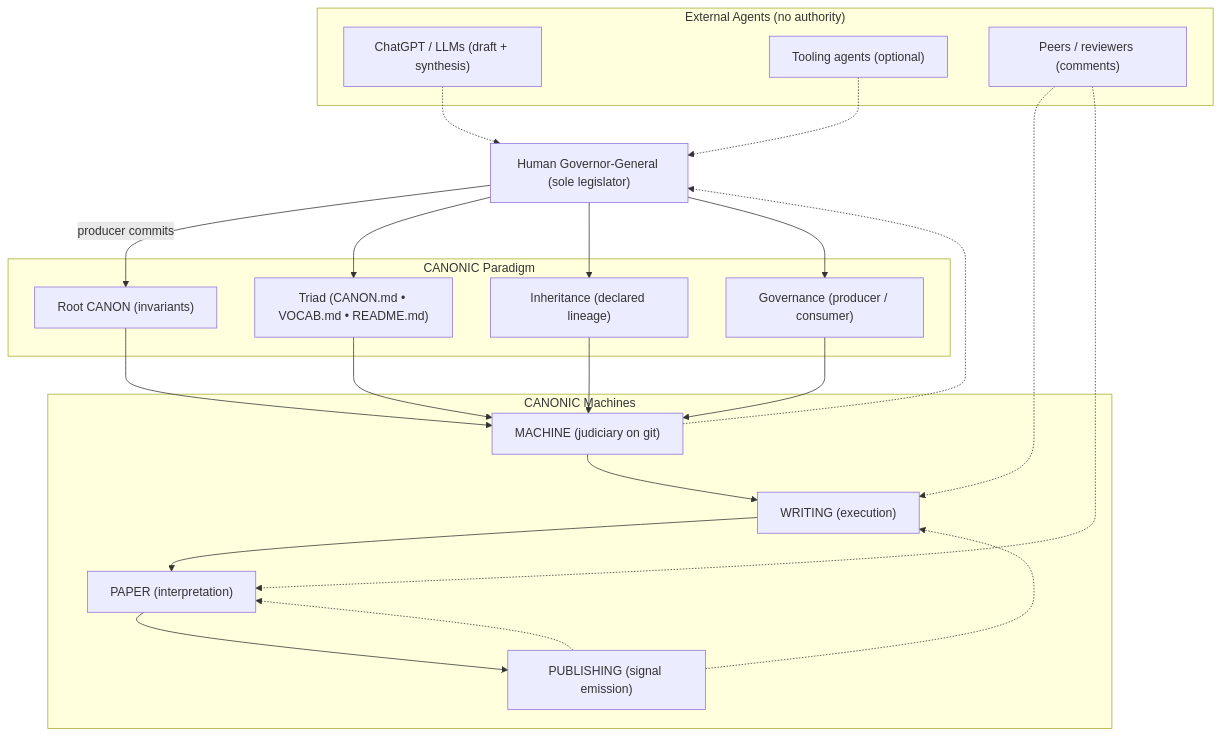
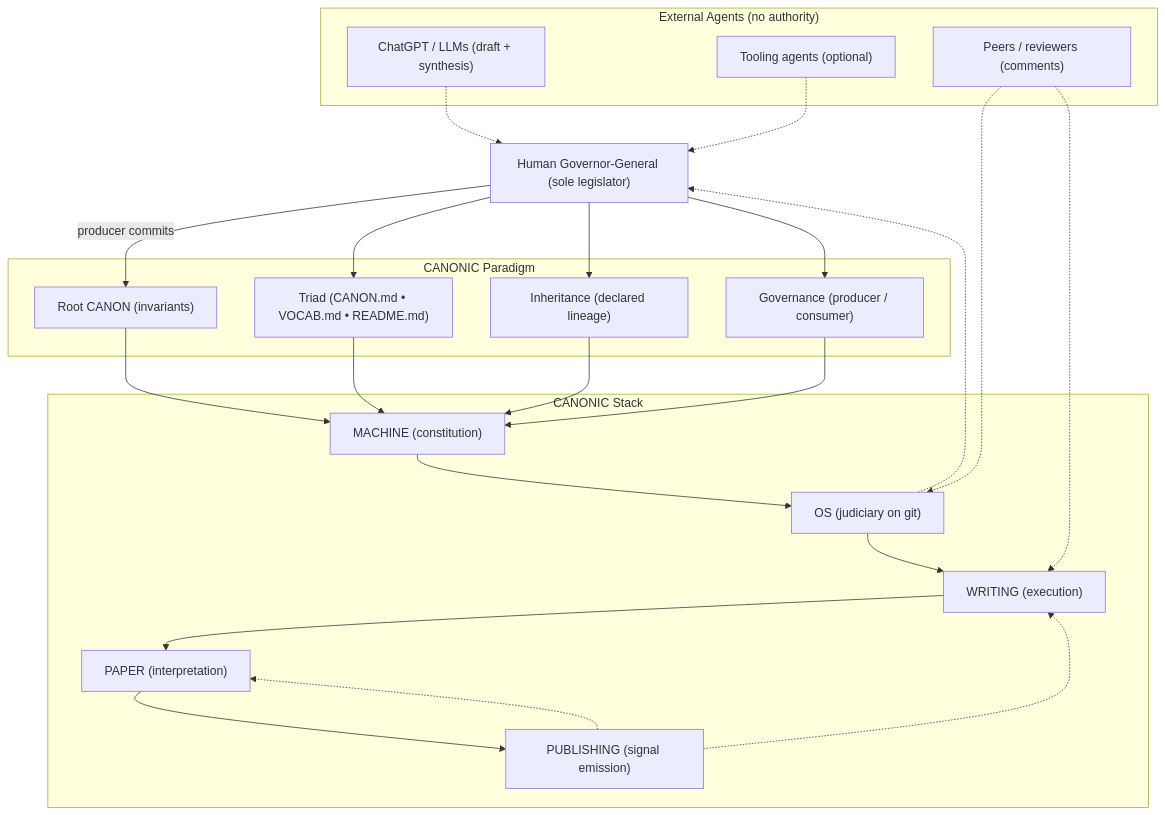
One commit to canonic-machine/paper changed the diagram in 00-PAPER.md. Above: the diagram before and after it, drawn with Mermaid. The commit also changed other lines of this file and 3 other files, not shown here.

````diff
--- a/00-PAPER.md
+++ b/00-PAPER.md
@@ -69,45 +70,46 @@
 ```mermaid
 flowchart TB
   GG["Human Governor-General (sole legislator)"]
 
   subgraph PARADIGM ["CANONIC Paradigm"]
     RC["Root CANON (invariants)"]
     TR["Triad (CANON.md • VOCAB.md • README.md)"]
     INH["Inheritance (declared lineage)"]
     GOV["Governance (producer / consumer)"]
   end
 
-  subgraph STACK ["CANONIC Machines"]
-    M1["MACHINE (judiciary on git)"]
-    M2["WRITING (execution)"]
-    M3["PAPER (interpretation)"]
-    M4["PUBLISHING (signal emission)"]
+  subgraph STACK ["CANONIC Stack"]
+    M1["MACHINE (constitution)"]
+    M2["OS (judiciary on git)"]
+    M3["WRITING (execution)"]
+    M4["PAPER (interpretation)"]
+    M5["PUBLISHING (signal emission)"]
   end
 
   subgraph AGENTS ["External Agents (no authority)"]
     A1["ChatGPT / LLMs (draft + synthesis)"]
     A2["Tooling agents (optional)"]
     A3["Peers / reviewers (comments)"]
   end
 
   GG -->|producer commits| RC
   GG --> TR
   GG --> INH
   GG --> GOV
 
   RC --> M1
   TR --> M1
   INH --> M1
   GOV --> M1
 
-  M1 --> M2 --> M3 --> M4
+  M1 --> M2 --> M3 --> M4 --> M5
 
-  M4 -.-> M2
-  M4 -.-> M3
+  M5 -.-> M3
+  M5 -.-> M4
   A3 -.-> M2
   A3 -.-> M3
 
   A1 -.-> GG
   A2 -.-> GG
-  M1 -.-> GG
+  M2 -.-> GG
 ```
````
